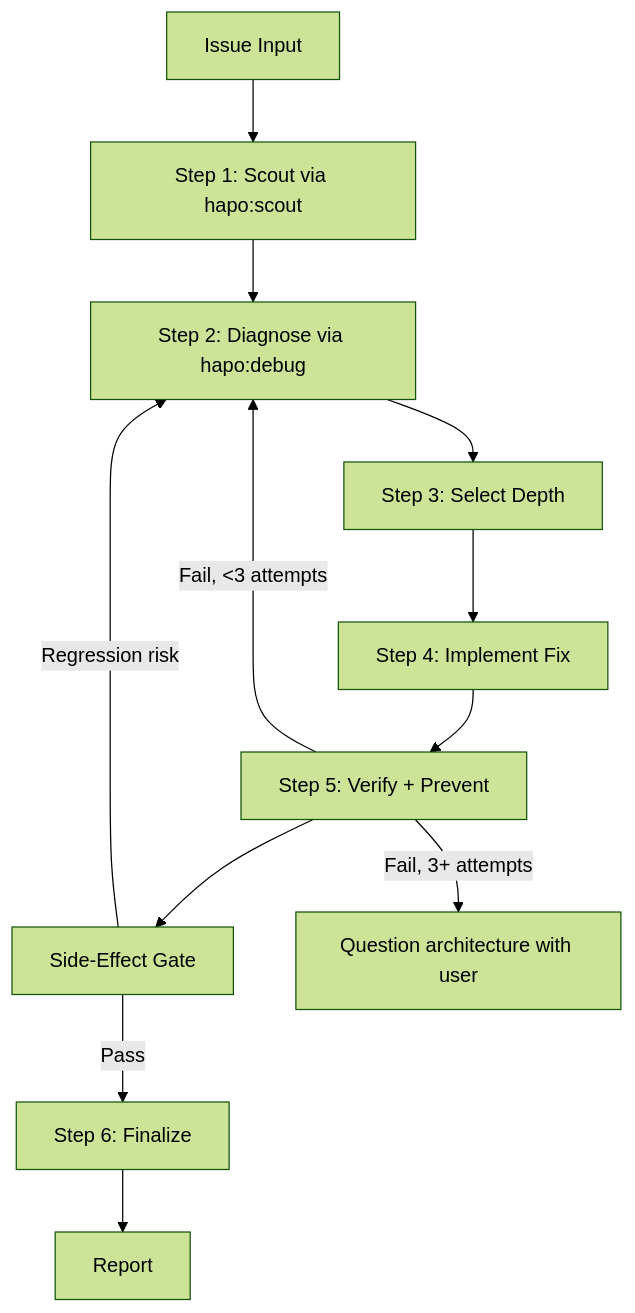
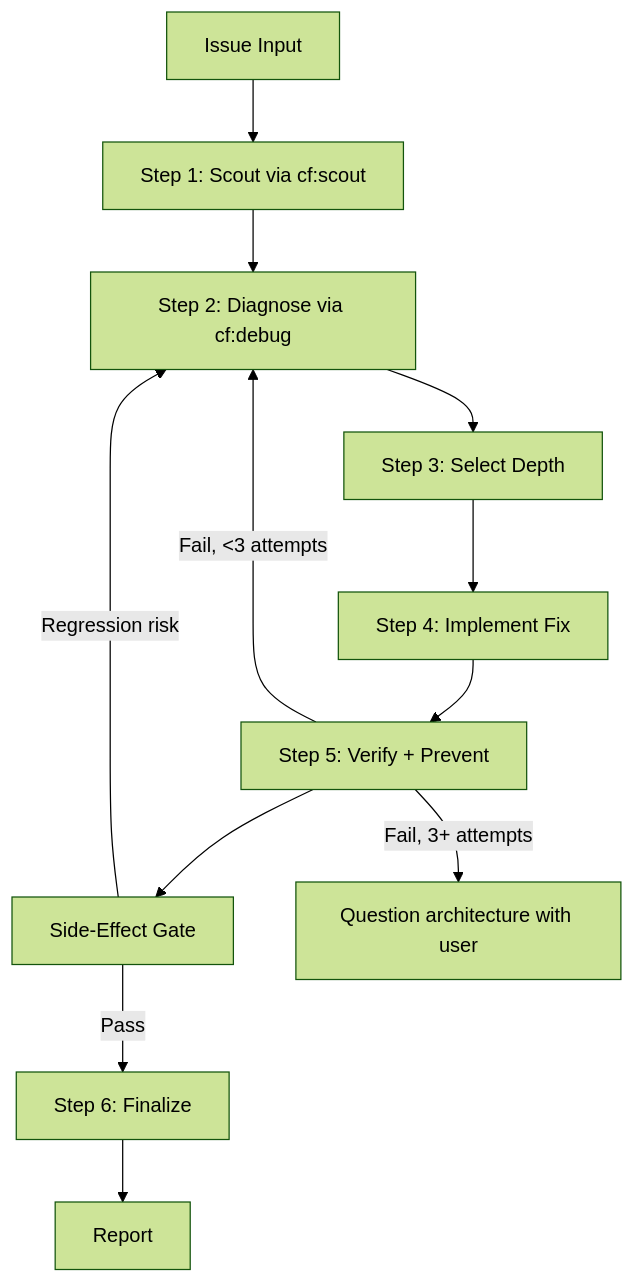
The diagram in packages/spec/src/claude/skills/hotfix/SKILL.md (hapo-nghialuu/antigravity-kit), drawn with Mermaid (forest theme) before and after one commit. The commit also changed other lines of this file and 133 other files, not shown here.

````diff
--- a/packages/spec/src/claude/skills/hotfix/SKILL.md
+++ b/packages/spec/src/claude/skills/hotfix/SKILL.md
@@ -111,14 +111,14 @@
 ```mermaid
 flowchart TD
-    A[Issue Input] --> B[Step 1: Scout via hapo:scout]
-    B --> C[Step 2: Diagnose via hapo:debug]
+    A[Issue Input] --> B[Step 1: Scout via cf:scout]
+    B --> C[Step 2: Diagnose via cf:debug]
     C --> D[Step 3: Select Depth]
     D --> E[Step 4: Implement Fix]
     E --> F[Step 5: Verify + Prevent]
     F --> G[Side-Effect Gate]
     G -->|Pass| H[Step 6: Finalize]
     G -->|Regression risk| C
     F -->|Fail, <3 attempts| C
     F -->|Fail, 3+ attempts| I[Question architecture with user]
     H --> J[Report]
 ```
````
